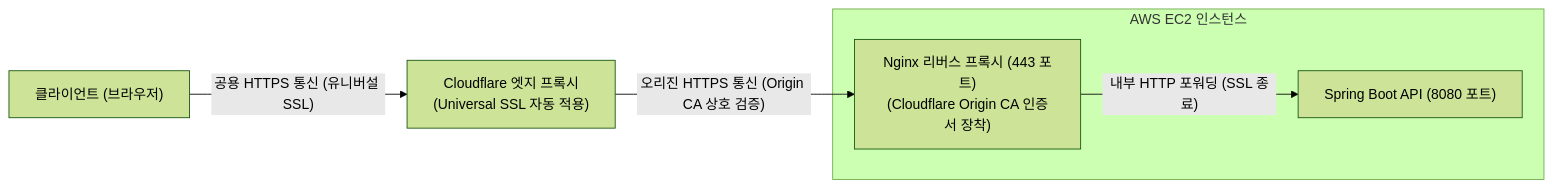
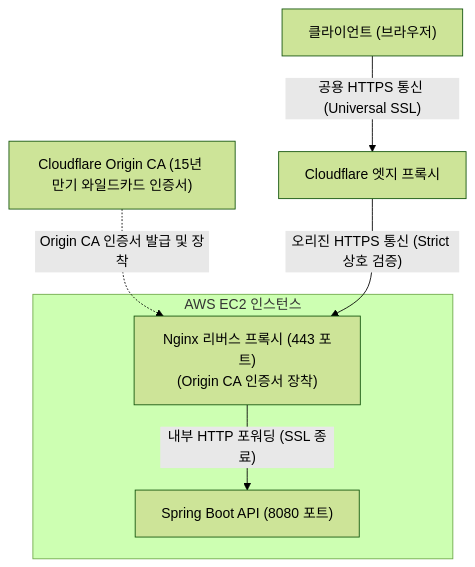
Before and after one commit to likelion-backend-25th/22-project-sns: the second of 4 diagrams in guide/04.challenge.md, drawn with Mermaid (forest theme). The commit also changed other lines of this file, not shown here.

````diff
--- a/guide/04.challenge.md
+++ b/guide/04.challenge.md
@@ -258,14 +259,15 @@
 ```mermaid
-graph LR
-    Client["클라이언트 (브라우저)"]
-    Cloudflare["Cloudflare 엣지 프록시<br/>(Universal SSL 자동 적용)"]
+flowchart TD
+    CF_CA["Cloudflare Origin CA (15년 만기 와일드카드 인증서)"]
+
+    Client["클라이언트 (브라우저)"] -->|"공용 HTTPS 통신 (Universal SSL)"| CF_Edge["Cloudflare 엣지 프록시"]
 
     subgraph EC2["AWS EC2 인스턴스"]
-        Nginx["Nginx 리버스 프록시 (443 포트)<br/>(Cloudflare Origin CA 인증서 장착)"]
+        Nginx["Nginx 리버스 프록시 (443 포트)<br/>(Origin CA 인증서 장착)"]
         SpringBoot["Spring Boot API (8080 포트)"]
     end
 
-    Client -->|"공용 HTTPS 통신 (유니버설 SSL)"| Cloudflare
-    Cloudflare -->|"오리진 HTTPS 통신 (Origin CA 상호 검증)"| Nginx
+    CF_CA -.->|"Origin CA 인증서 발급 및 장착"| Nginx
+    CF_Edge -->|"오리진 HTTPS 통신 (Strict 상호 검증)"| Nginx
     Nginx -->|"내부 HTTP 포워딩 (SSL 종료)"| SpringBoot
 ```
````
